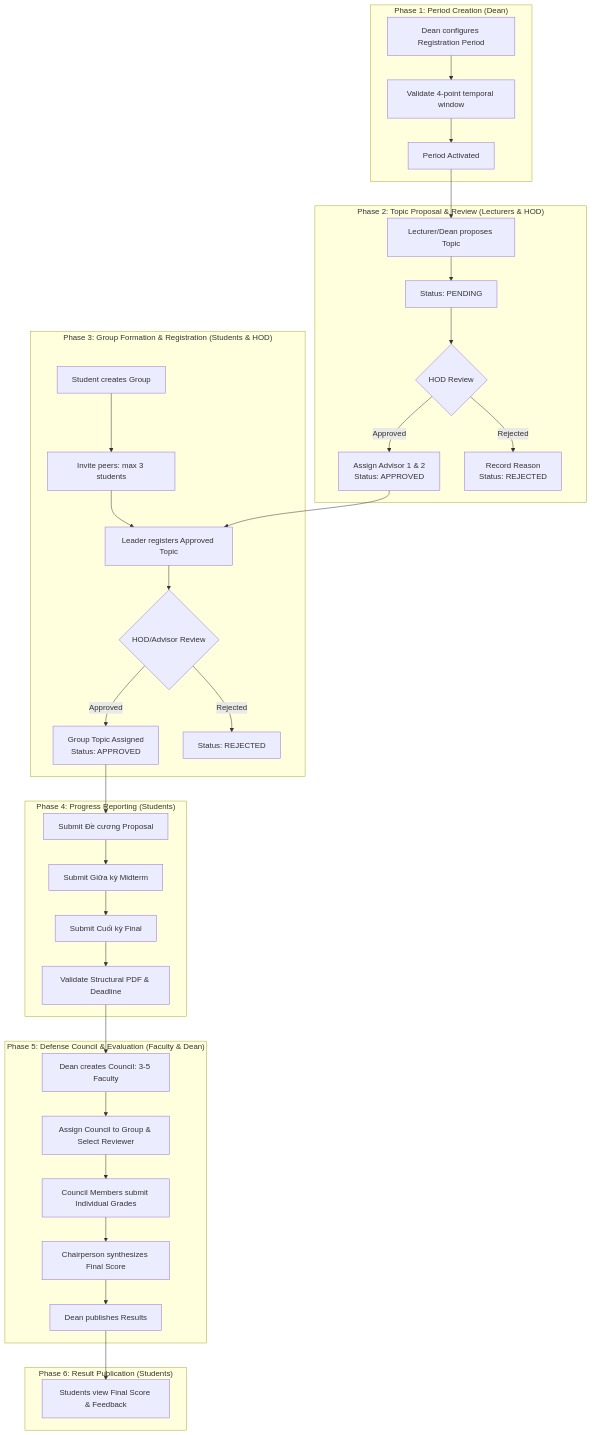
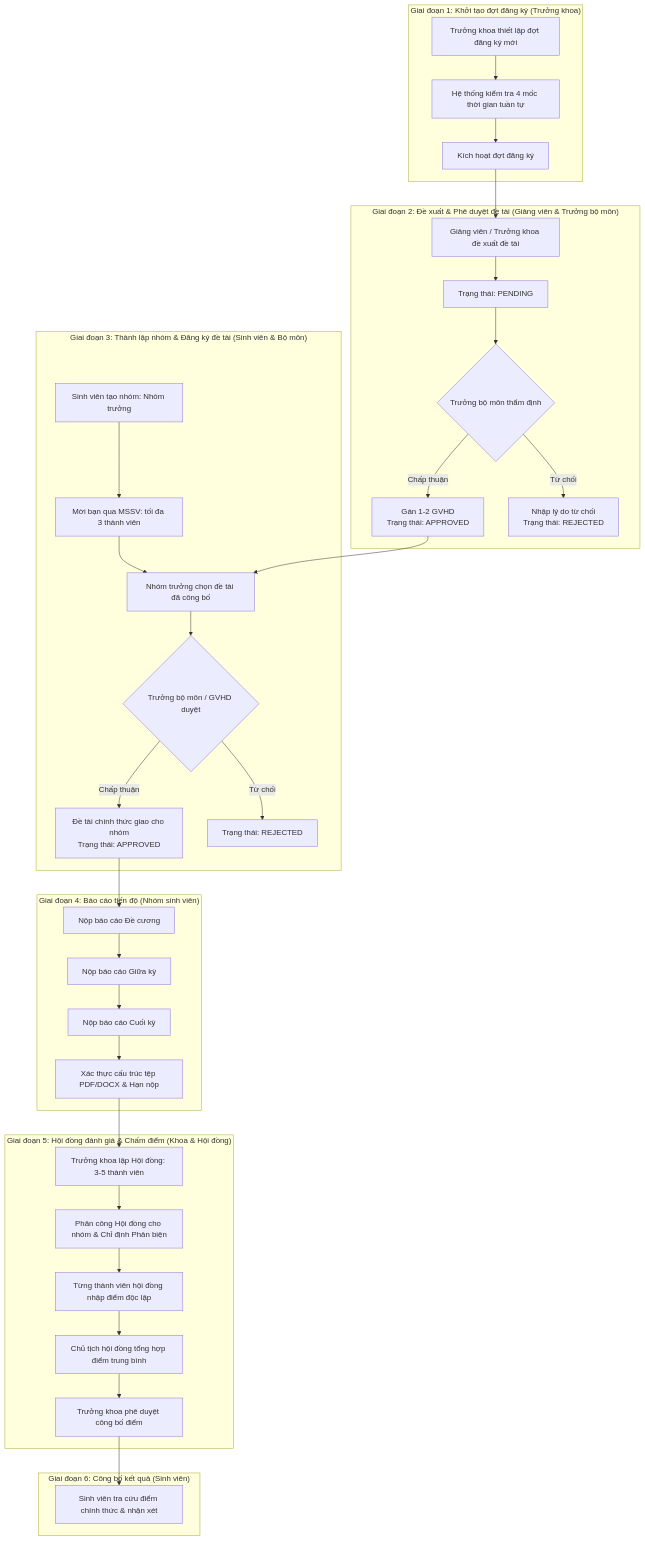
One commit to leminhhuy-ute/Web-Programming-WEPR330479- changed the diagram in docs/BUSINESS_WORKFLOW.md. Above: the diagram before and after it, drawn with Mermaid. The commit also changed other lines of this file and 18 other files, not shown here.

````diff
--- a/docs/BUSINESS_WORKFLOW.md
+++ b/docs/BUSINESS_WORKFLOW.md
@@ -5,45 +5,45 @@
 ```mermaid
 flowchart TD
-    subgraph P1["Phase 1: Period Creation (Dean)"]
-        A1[Dean configures Registration Period] --> A2[Validate 4-point temporal window]
-        A2 --> A3[Period Activated]
+    subgraph P1["Giai đoạn 1: Khởi tạo đợt đăng ký (Trưởng khoa)"]
+        A1[Trưởng khoa thiết lập đợt đăng ký mới] --> A2[Hệ thống kiểm tra 4 mốc thời gian tuần tự]
+        A2 --> A3[Kích hoạt đợt đăng ký]
     end
 
-    subgraph P2["Phase 2: Topic Proposal & Review (Lecturers & HOD)"]
-        B1[Lecturer/Dean proposes Topic] --> B2[Status: PENDING]
-        B2 --> B3{HOD Review}
-        B3 -->|Approved| B4[Assign Advisor 1 & 2<br/>Status: APPROVED]
-        B3 -->|Rejected| B5[Record Reason<br/>Status: REJECTED]
+    subgraph P2["Giai đoạn 2: Đề xuất & Phê duyệt đề tài (Giảng viên & Trưởng bộ môn)"]
+        B1[Giảng viên / Trưởng khoa đề xuất đề tài] --> B2[Trạng thái: PENDING]
+        B2 --> B3{Trưởng bộ môn thẩm định}
+        B3 -->|Chấp thuận| B4[Gán 1-2 GVHD<br/>Trạng thái: APPROVED]
+        B3 -->|Từ chối| B5[Nhập lý do từ chối<br/>Trạng thái: REJECTED]
     end
 
-    subgraph P3["Phase 3: Group Formation & Registration (Students & HOD)"]
-        C1[Student creates Group] --> C2[Invite peers: max 3 students]
-        C2 --> C3[Leader registers Approved Topic]
-        C3 --> C4{HOD/Advisor Review}
-        C4 -->|Approved| C5[Group Topic Assigned<br/>Status: APPROVED]
-        C4 -->|Rejected| C6[Status: REJECTED]
+    subgraph P3["Giai đoạn 3: Thành lập nhóm & Đăng ký đề tài (Sinh viên & Bộ môn)"]
+        C1[Sinh viên tạo nhóm: Nhóm trưởng] --> C2[Mời bạn qua MSSV: tối đa 3 thành viên]
+        C2 --> C3[Nhóm trưởng chọn đề tài đã công bố]
+        C3 --> C4{Trưởng bộ môn / GVHD duyệt}
+        C4 -->|Chấp thuận| C5[Đề tài chính thức giao cho nhóm<br/>Trạng thái: APPROVED]
+        C4 -->|Từ chối| C6[Trạng thái: REJECTED]
     end
 
-    subgraph P4["Phase 4: Progress Reporting (Students)"]
-        D1[Submit Đề cương Proposal] --> D2[Submit Giữa kỳ Midterm]
-        D2 --> D3[Submit Cuối kỳ Final]
-        D3 --> D4[Validate Structural PDF & Deadline]
+    subgraph P4["Giai đoạn 4: Báo cáo tiến độ (Nhóm sinh viên)"]
+        D1[Nộp báo cáo Đề cương] --> D2[Nộp báo cáo Giữa kỳ]
+        D2 --> D3[Nộp báo cáo Cuối kỳ]
+        D3 --> D4[Xác thực cấu trúc tệp PDF/DOCX & Hạn nộp]
     end
 
-    subgraph P5["Phase 5: Defense Council & Evaluation (Faculty & Dean)"]
-        E1[Dean creates Council: 3-5 Faculty] --> E2[Assign Council to Group & Select Reviewer]
-        E2 --> E3[Council Members submit Individual Grades]
-        E3 --> E4[Chairperson synthesizes Final Score]
-        E4 --> E5[Dean publishes Results]
+    subgraph P5["Giai đoạn 5: Hội đồng đánh giá & Chấm điểm (Khoa & Hội đồng)"]
+        E1[Trưởng khoa lập Hội đồng: 3-5 thành viên] --> E2[Phân công Hội đồng cho nhóm & Chỉ định Phản biện]
+        E2 --> E3[Từng thành viên hội đồng nhập điểm độc lập]
+        E3 --> E4[Chủ tịch hội đồng tổng hợp điểm trung bình]
+        E4 --> E5[Trưởng khoa phê duyệt công bố điểm]
     end
 
-    subgraph P6["Phase 6: Result Publication (Students)"]
-        F1[Students view Final Score & Feedback]
+    subgraph P6["Giai đoạn 6: Công bố kết quả (Sinh viên)"]
+        F1[Sinh viên tra cứu điểm chính thức & nhận xét]
     end
 
     A3 --> B1
     B4 --> C3
     C5 --> D1
     D4 --> E1
     E5 --> F1
 ```
````
